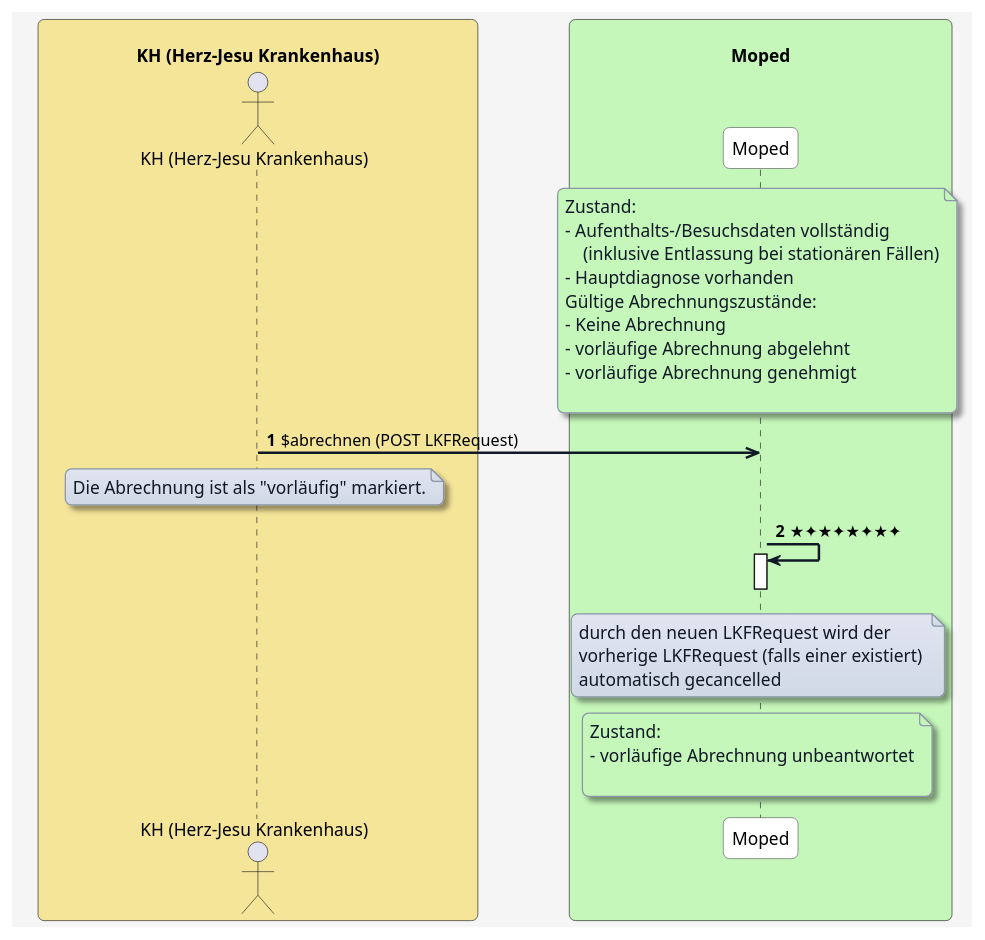
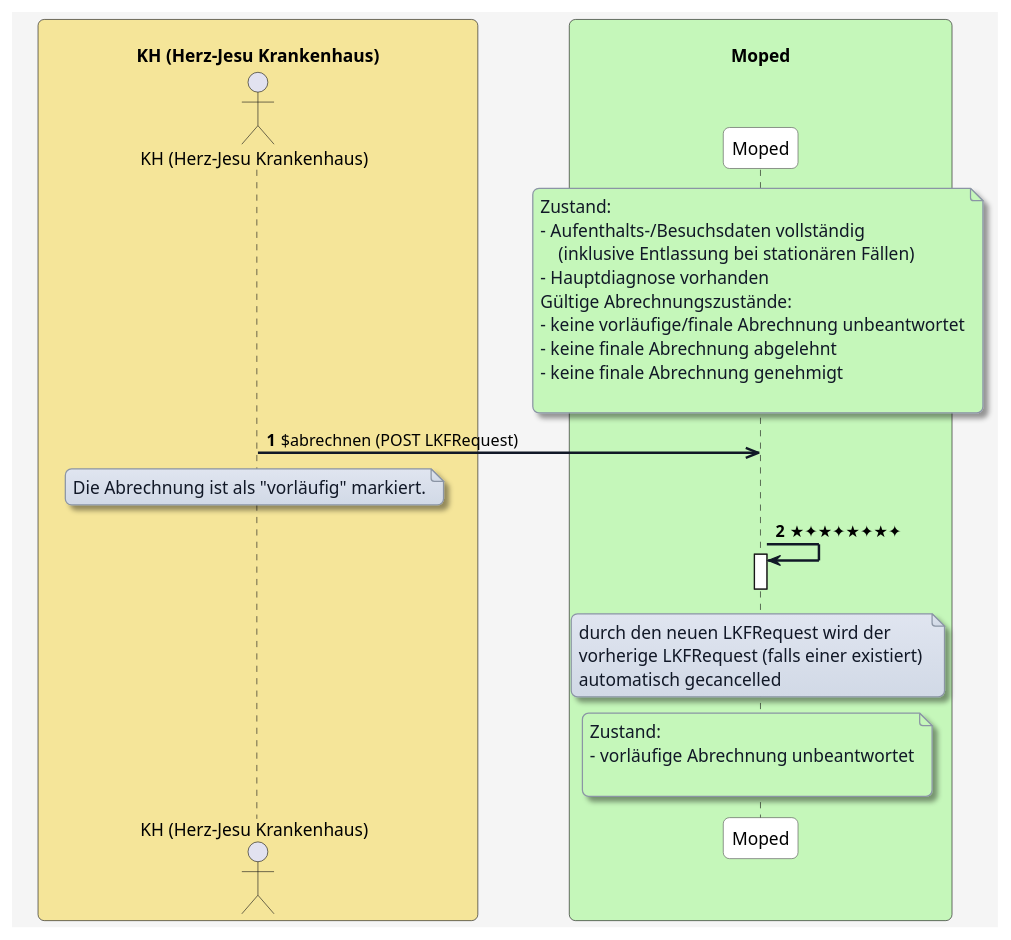
One commit to HL7Austria/ELGA-MOPED-R5 changed the diagram in plantuml/moped-fall-abrechnen/abrechnen-vorlaeufig.plantuml. Above: the diagram before and after it, drawn with PlantUML. The commit also changed 35 other files, not shown here.

```diff
--- a/plantuml/moped-fall-abrechnen/abrechnen-vorlaeufig.plantuml
+++ b/plantuml/moped-fall-abrechnen/abrechnen-vorlaeufig.plantuml
@@ -1,88 +1,88 @@
 @startuml
 skinparam borderColor #000000
 skinparam backgroundColor #f5f5f5
 skinparam shadowing false
 skinparam roundCorner 10
 skinparam defaultFontName "Arial"
 skinparam defaultFontSize 14
 skinparam defaultFontColor #000000
 
 skinparam note {
   BackgroundColor #e0e5f0-#d1d9e6
   BorderColor #8b95a5
   BorderThickness 1
   RoundCorner 8
   Padding 6
   FontColor #111827
   Shadowing true
 }
 
 skinparam HyperlinkColor #0000EE
 skinparam HyperlinkUnderline false
 
 skinparam sequence {
   ParticipantBorderColor #555555
   ParticipantBackgroundColor #ffffff
   ParticipantFontColor #000000
   ParticipantFontSize 14
   ParticipantPadding 20
   ArrowColor #111827
   ArrowThickness 2
   ArrowFontColor #000000
   ArrowFontSize 13
   GroupBorderColor #111827
   GroupBackgroundColor #f3f4f6
   GroupBorderThickness 1
 }
 
 skinparam BoxPadding 20
 skinparam BoxBorderColor #555555
 
 box "\n                     KH (Herz-Jesu Krankenhaus)                     " #f5e599
   actor KH as "KH (Herz-Jesu Krankenhaus)"
 end box
 
 box "\n                                   Moped                                   " #c5f7ba
   participant MP as "Moped"
 end box
 
 
 
 
 autonumber
 
 note over MP #c5f7ba
 Zustand:
 - Aufenthalts-/Besuchsdaten vollständig
     (inklusive Entlassung bei stationären Fällen)
 - Hauptdiagnose vorhanden
 Gültige Abrechnungszustände:
-- Keine Abrechnung
-- vorläufige Abrechnung abgelehnt
-- vorläufige Abrechnung genehmigt
+- keine vorläufige/finale Abrechnung unbeantwortet
+- keine finale Abrechnung abgelehnt
+- keine finale Abrechnung genehmigt
 
 end note
 
 KH ->> MP: $abrechnen (POST LKFRequest)
 
 note over KH
 Die Abrechnung ist als "vorläufig" markiert.
 end note
 
 MP -> MP: ★✦★✦★✦★✦
 activate MP
 deactivate MP
 
 note over MP
 durch den neuen LKFRequest wird der 
 vorherige LKFRequest (falls einer existiert) 
 automatisch gecancelled
 end note
 
 note over MP #c5f7ba
 Zustand:
 - vorläufige Abrechnung unbeantwortet
 
 end note
 
 @enduml
```
